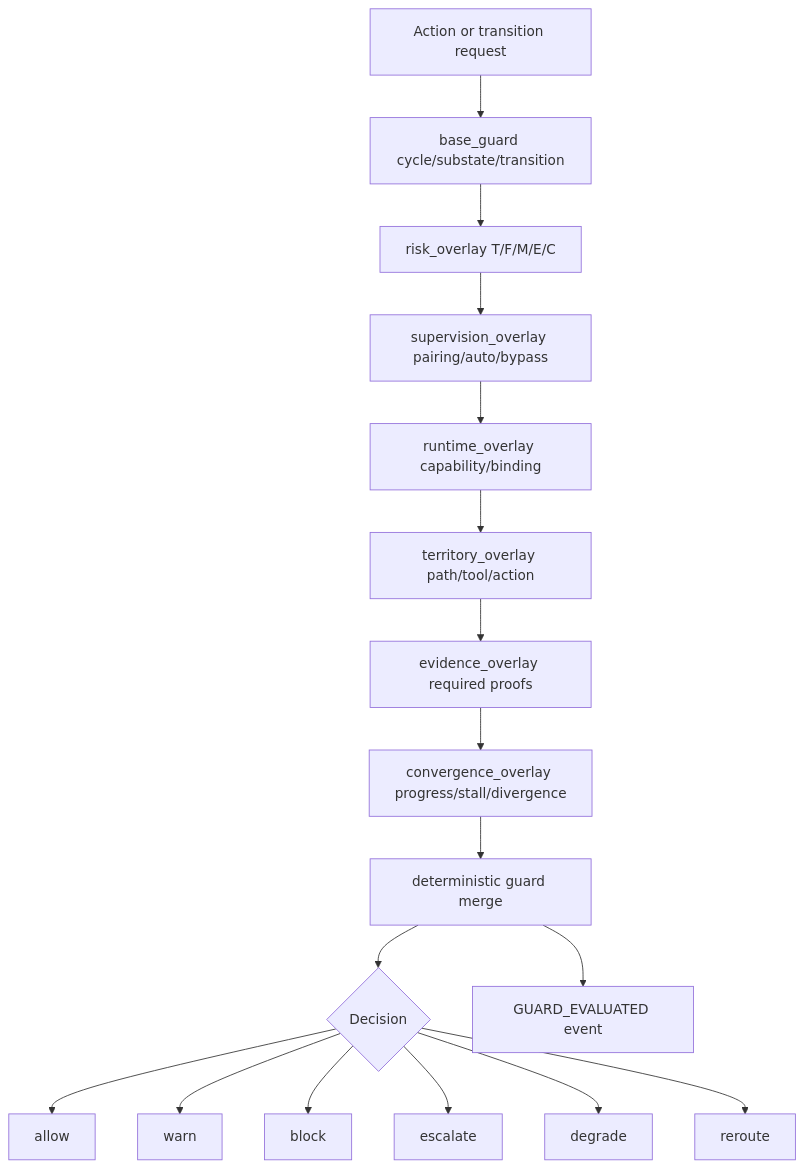
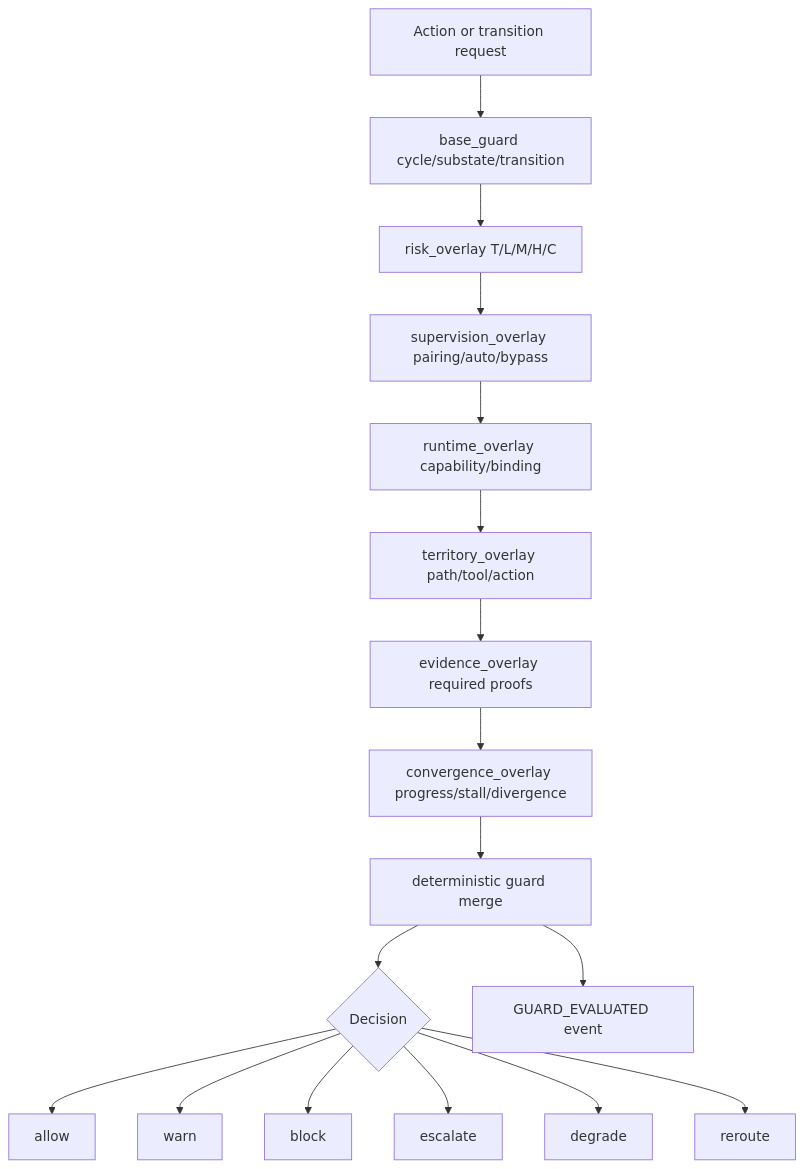
One commit to momomuchu/hima changed the seventh of 16 diagrams in docs/propositions/pipeline-fractal-v4-final-proposal/08-architecture-generale.md. Above: the diagram before and after it, drawn with Mermaid. The commit also changed other lines of this file and 162 other files, not shown here.

````diff
--- a/docs/propositions/pipeline-fractal-v4-final-proposal/08-architecture-generale.md
+++ b/docs/propositions/pipeline-fractal-v4-final-proposal/08-architecture-generale.md
@@ -339,19 +339,19 @@
 ```mermaid
 flowchart TD
   Req[Action or transition request] --> Base[base_guard cycle/substate/transition]
-  Base --> Risk[risk_overlay T/F/M/E/C]
+  Base --> Risk[risk_overlay T/L/M/H/C]
   Risk --> Supervision[supervision_overlay pairing/auto/bypass]
   Supervision --> Runtime[runtime_overlay capability/binding]
   Runtime --> Territory[territory_overlay path/tool/action]
   Territory --> Evidence[evidence_overlay required proofs]
   Evidence --> Convergence[convergence_overlay progress/stall/divergence]
   Convergence --> Merge[deterministic guard merge]
   Merge --> Decision{Decision}
   Decision --> Allow[allow]
   Decision --> Warn[warn]
   Decision --> Block[block]
   Decision --> Escalate[escalate]
   Decision --> Degrade[degrade]
   Decision --> Reroute[reroute]
   Merge --> Audit[GUARD_EVALUATED event]
 ```
````
